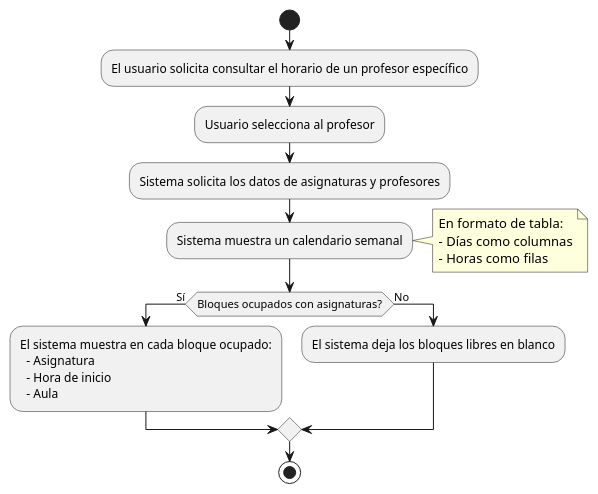
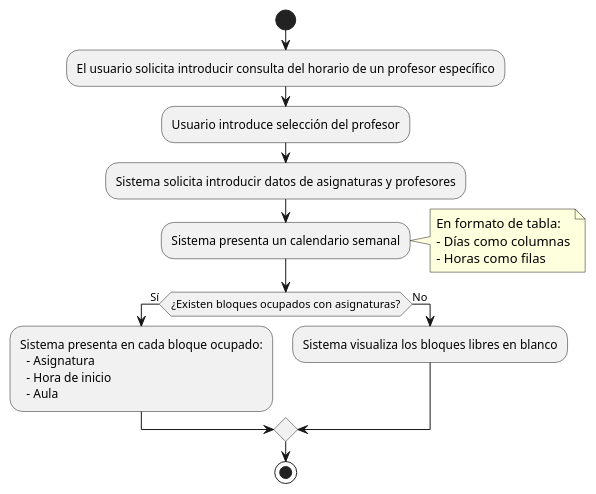
The diagram in casosDeUso/plantUML/ConsultarHorarioProfesor.puml (mmasias/24-25-IdSw1-SDR), drawn with PlantUML before and after one commit.

```diff
--- a/casosDeUso/plantUML/ConsultarHorarioProfesor.puml
+++ b/casosDeUso/plantUML/ConsultarHorarioProfesor.puml
@@ -1,21 +1,21 @@
 @startuml
 start
-:El usuario solicita consultar el horario de un profesor específico;
-:Usuario selecciona al profesor;
-:Sistema solicita los datos de asignaturas y profesores;
-:Sistema muestra un calendario semanal;
+:El usuario solicita introducir consulta del horario de un profesor específico;
+:Usuario introduce selección del profesor;
+:Sistema solicita introducir datos de asignaturas y profesores;
+:Sistema presenta un calendario semanal;
 note right
 En formato de tabla:
 - Días como columnas
 - Horas como filas
 end note
-if (Bloques ocupados con asignaturas?) then (Sí)
-  :El sistema muestra en cada bloque ocupado:
+if (¿Existen bloques ocupados con asignaturas?) then (Sí)
+  :Sistema presenta en cada bloque ocupado:
     - Asignatura
     - Hora de inicio
     - Aula;
 else (No)
-  :El sistema deja los bloques libres en blanco;
+  :Sistema visualiza los bloques libres en blanco;
 endif
 stop
 @enduml
```
